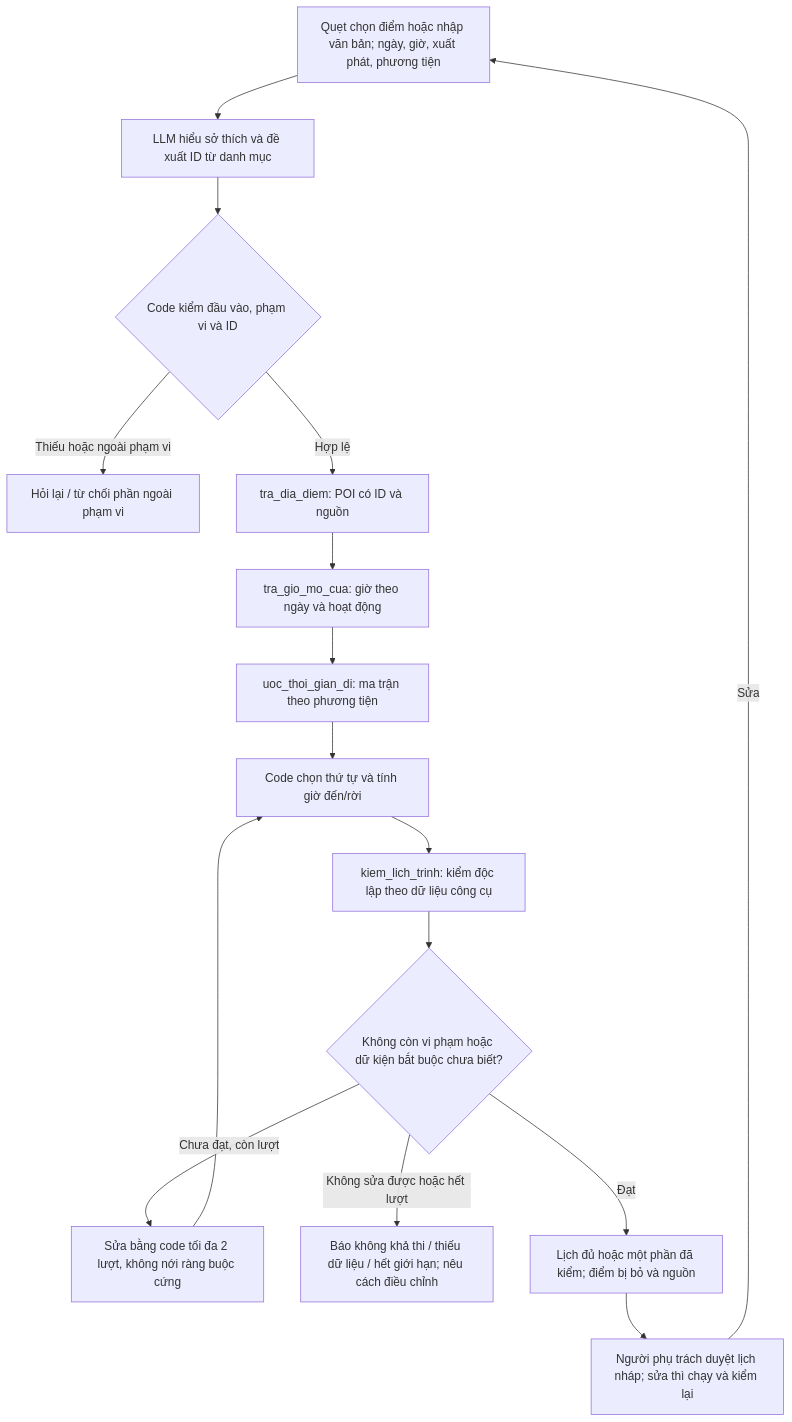
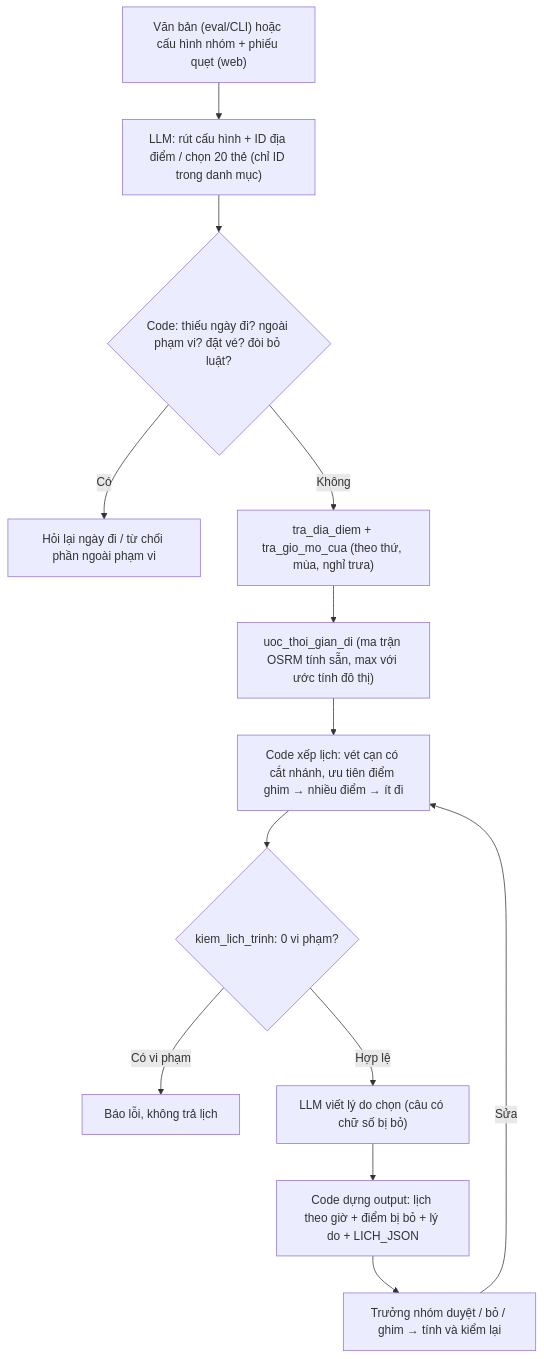
The diagram in spec.md (CapybaraSlayer96/K5-Day15-L3B-Hihihuhu), drawn with Mermaid before and after one commit. The commit also changed other lines of this file and 12 other files, not shown here.

Commit message:
feat: lõi TripSwipe — 4 công cụ, xếp lịch, kiểm lịch, answer(text), nối Gemini; dữ liệu khớp nguồn chính thức, ma trận OSRM

````diff
--- a/spec.md
+++ b/spec.md
@@ -58,24 +58,21 @@
   ```mermaid
   flowchart TD
-      A["Quẹt chọn điểm hoặc nhập văn bản; ngày, giờ, xuất phát, phương tiện"]
-      B["LLM hiểu sở thích và đề xuất ID từ danh mục"]
-      C{"Code kiểm đầu vào, phạm vi và ID"}
-      Q["Hỏi lại / từ chối phần ngoài phạm vi"]
-      D["tra_dia_diem: POI có ID và nguồn"]
-      E["tra_gio_mo_cua: giờ theo ngày và hoạt động"]
-      F["uoc_thoi_gian_di: ma trận theo phương tiện"]
-      G["Code chọn thứ tự và tính giờ đến/rời"]
-      H["kiem_lich_trinh: kiểm độc lập theo dữ liệu công cụ"]
-      I{"Không còn vi phạm hoặc dữ kiện bắt buộc chưa biết?"}
-      J["Sửa bằng code tối đa 2 lượt, không nới ràng buộc cứng"]
-      K["Báo không khả thi / thiếu dữ liệu / hết giới hạn; nêu cách điều chỉnh"]
-      L["Lịch đủ hoặc một phần đã kiểm; điểm bị bỏ và nguồn"]
-      M["Người phụ trách duyệt lịch nháp; sửa thì chạy và kiểm lại"]
+      A["Văn bản (eval/CLI) hoặc cấu hình nhóm + phiếu quẹt (web)"]
+      B["LLM: rút cấu hình + ID địa điểm / chọn 20 thẻ (chỉ ID trong danh mục)"]
+      C{"Code: thiếu ngày đi? ngoài phạm vi? đặt vé? đòi bỏ luật?"}
+      Q["Hỏi lại ngày đi / từ chối phần ngoài phạm vi"]
+      D["tra_dia_diem + tra_gio_mo_cua (theo thứ, mùa, nghỉ trưa)"]
+      E["uoc_thoi_gian_di (ma trận OSRM tính sẵn, max với ước tính đô thị)"]
+      G["Code xếp lịch: vét cạn có cắt nhánh, ưu tiên điểm ghim → nhiều điểm → ít đi"]
+      H{"kiem_lich_trinh: 0 vi phạm?"}
+      K["Báo lỗi, không trả lịch"]
+      R["LLM viết lý do chọn (câu có chữ số bị bỏ)"]
+      L["Code dựng output: lịch theo giờ + điểm bị bỏ + lý do + LICH_JSON"]
+      M["Trưởng nhóm duyệt / bỏ / ghim → tính và kiểm lại"]
       A --> B --> C
-      C -->|Thiếu hoặc ngoài phạm vi| Q
-      C -->|Hợp lệ| D --> E --> F --> G --> H --> I
-      I -->|Đạt| L --> M
-      I -->|Chưa đạt, còn lượt| J --> G
-      I -->|Không sửa được hoặc hết lượt| K
-      M -->|Sửa| A
+      C -->|Có| Q
+      C -->|Không| D --> E --> G --> H
+      H -->|Có vi phạm| K
+      H -->|Hợp lệ| R --> L --> M
+      M -->|Sửa| G
   ```
````
